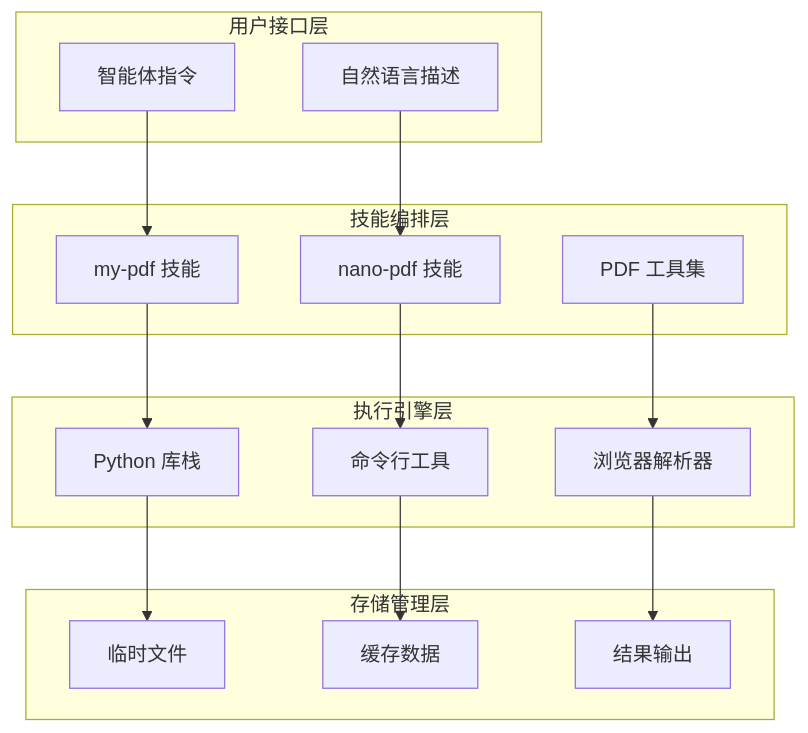
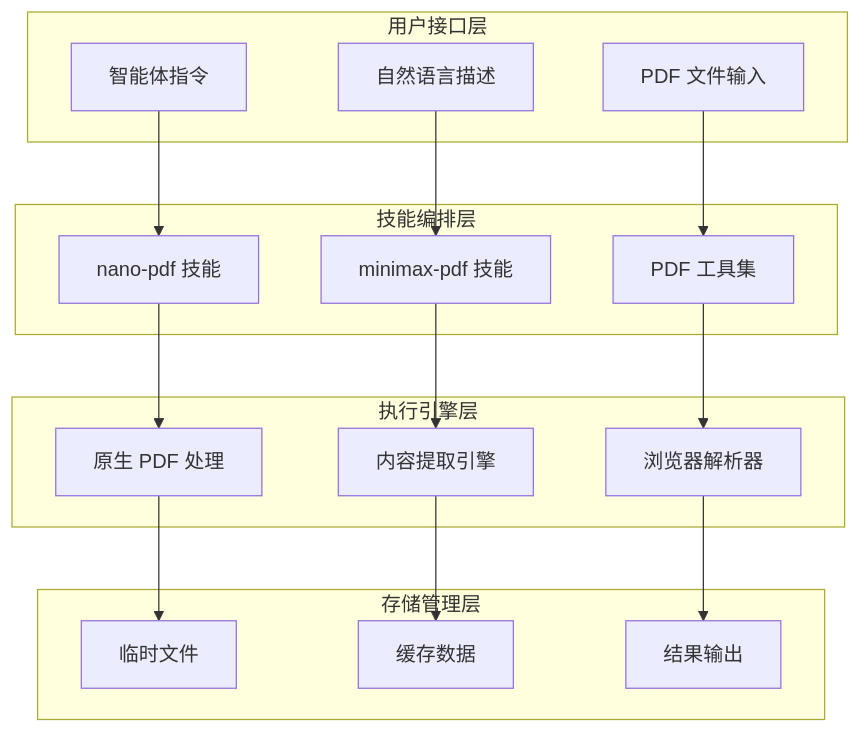
One commit to verse-ai-org/openclaw changed the second of 10 diagrams in .qoder/repowiki/zh/content/技能平台/内置技能/PDF 处理技能.md. Above: the diagram before and after it, drawn with Mermaid. The commit also changed other lines of this file and 48 other files, not shown here.

````diff
--- a/.qoder/repowiki/zh/content/技能平台/内置技能/PDF 处理技能.md
+++ b/.qoder/repowiki/zh/content/技能平台/内置技能/PDF 处理技能.md
@@ -144,30 +131,32 @@
 ```mermaid
 graph TB
 subgraph "用户接口层"
 A[智能体指令]
 B[自然语言描述]
+C[PDF 文件输入]
 end
 subgraph "技能编排层"
-C[my-pdf 技能]
 D[nano-pdf 技能]
-E[PDF 工具集]
+E[minimax-pdf 技能]
+F[PDF 工具集]
 end
 subgraph "执行引擎层"
-F[Python 库栈]
-G[命令行工具]
-H[浏览器解析器]
+G[原生 PDF 处理]
+H[内容提取引擎]
+I[浏览器解析器]
 end
 subgraph "存储管理层"
-I[临时文件]
-J[缓存数据]
-K[结果输出]
+J[临时文件]
+K[缓存数据]
+L[结果输出]
 end
-A --> C
-B --> D
+A --> D
+B --> E
 C --> F
 D --> G
 E --> H
 F --> I
 G --> J
 H --> K
+I --> L
 ```
````
